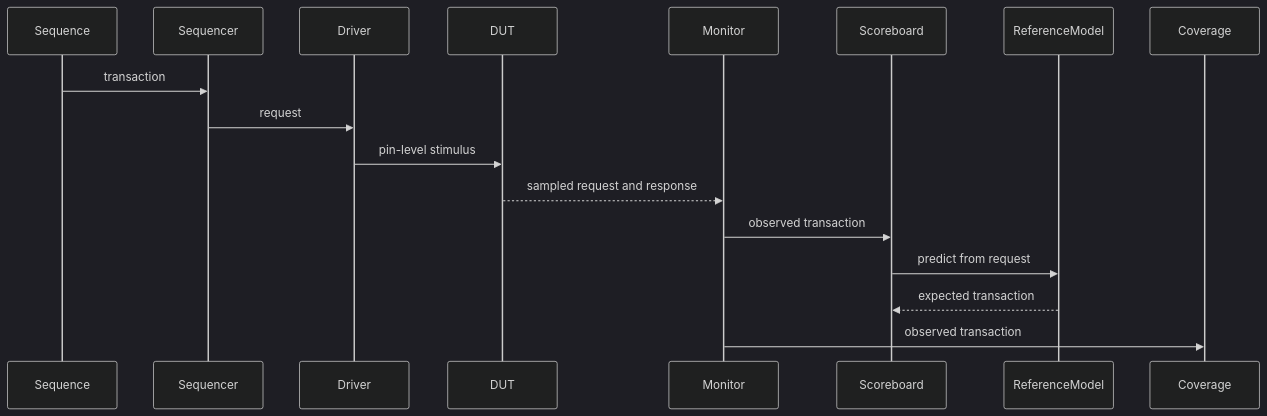
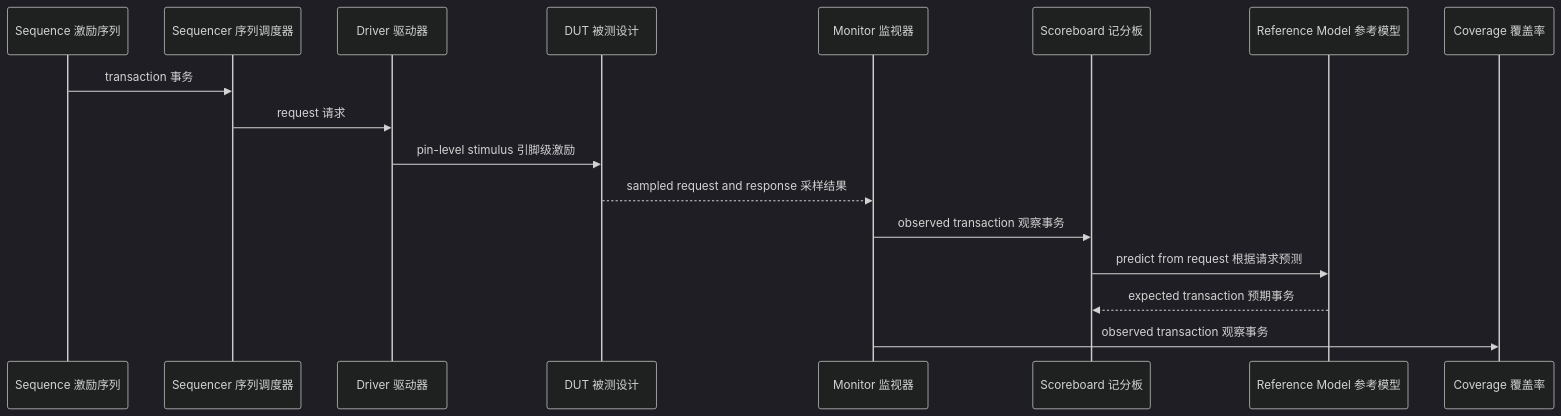
The diagram in projects/sync_fifo_uvm/docs/architecture.md (Yu0110/digital-ic-verification-portfolio), drawn with Mermaid (dark theme) before and after one commit. The commit also changed other lines of this file and 20 other files, not shown here.

````diff
--- a/projects/sync_fifo_uvm/docs/architecture.md
+++ b/projects/sync_fifo_uvm/docs/architecture.md
@@ -5,20 +7,20 @@
 ```mermaid
 sequenceDiagram
-    participant Sequence
-    participant Sequencer
-    participant Driver
-    participant DUT
-    participant Monitor
-    participant Scoreboard
-    participant ReferenceModel
-    participant Coverage
+    participant Sequence as Sequence 激励序列
+    participant Sequencer as Sequencer 序列调度器
+    participant Driver as Driver 驱动器
+    participant DUT as DUT 被测设计
+    participant Monitor as Monitor 监视器
+    participant Scoreboard as Scoreboard 记分板
+    participant ReferenceModel as Reference Model 参考模型
+    participant Coverage as Coverage 覆盖率
 
-    Sequence->>Sequencer: transaction
-    Sequencer->>Driver: request
-    Driver->>DUT: pin-level stimulus
-    DUT-->>Monitor: sampled request and response
-    Monitor->>Scoreboard: observed transaction
-    Scoreboard->>ReferenceModel: predict from request
-    ReferenceModel-->>Scoreboard: expected transaction
-    Monitor->>Coverage: observed transaction
+    Sequence->>Sequencer: transaction 事务
+    Sequencer->>Driver: request 请求
+    Driver->>DUT: pin-level stimulus 引脚级激励
+    DUT-->>Monitor: sampled request and response 采样结果
+    Monitor->>Scoreboard: observed transaction 观察事务
+    Scoreboard->>ReferenceModel: predict from request 根据请求预测
+    ReferenceModel-->>Scoreboard: expected transaction 预期事务
+    Monitor->>Coverage: observed transaction 观察事务
 ```
````
